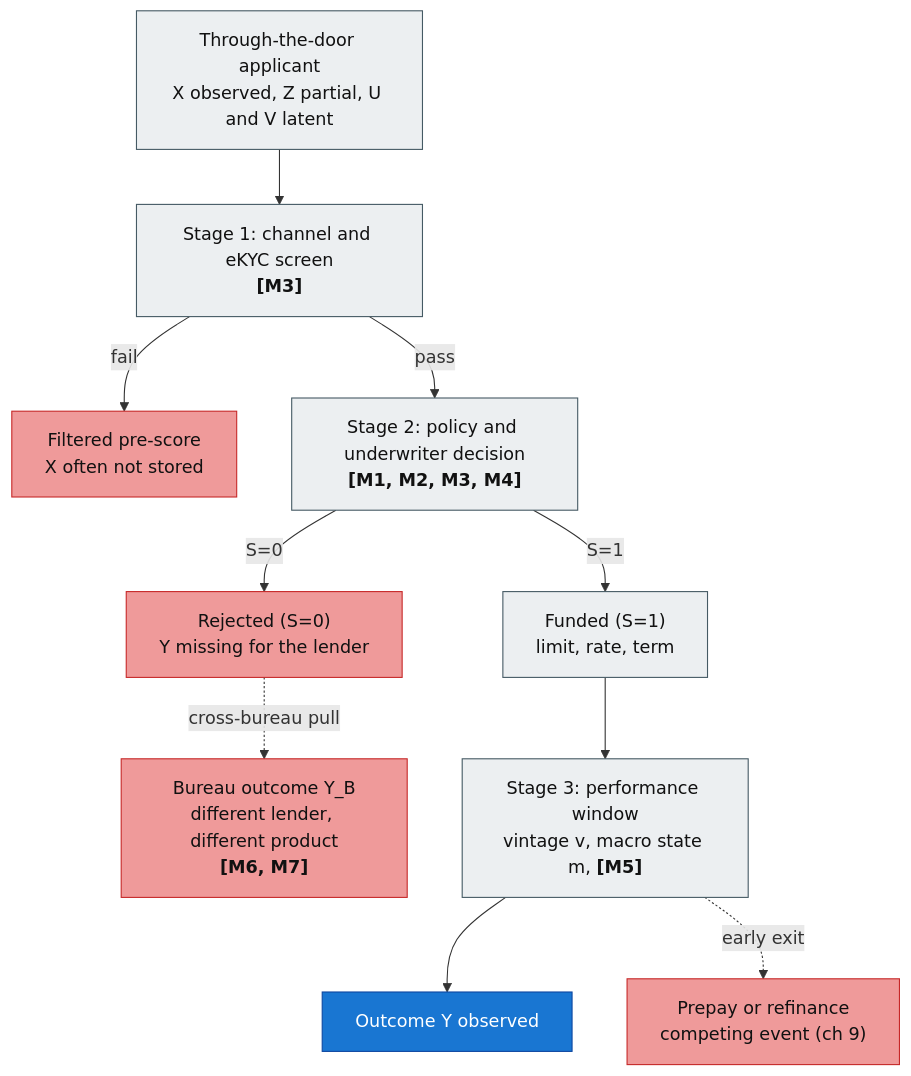
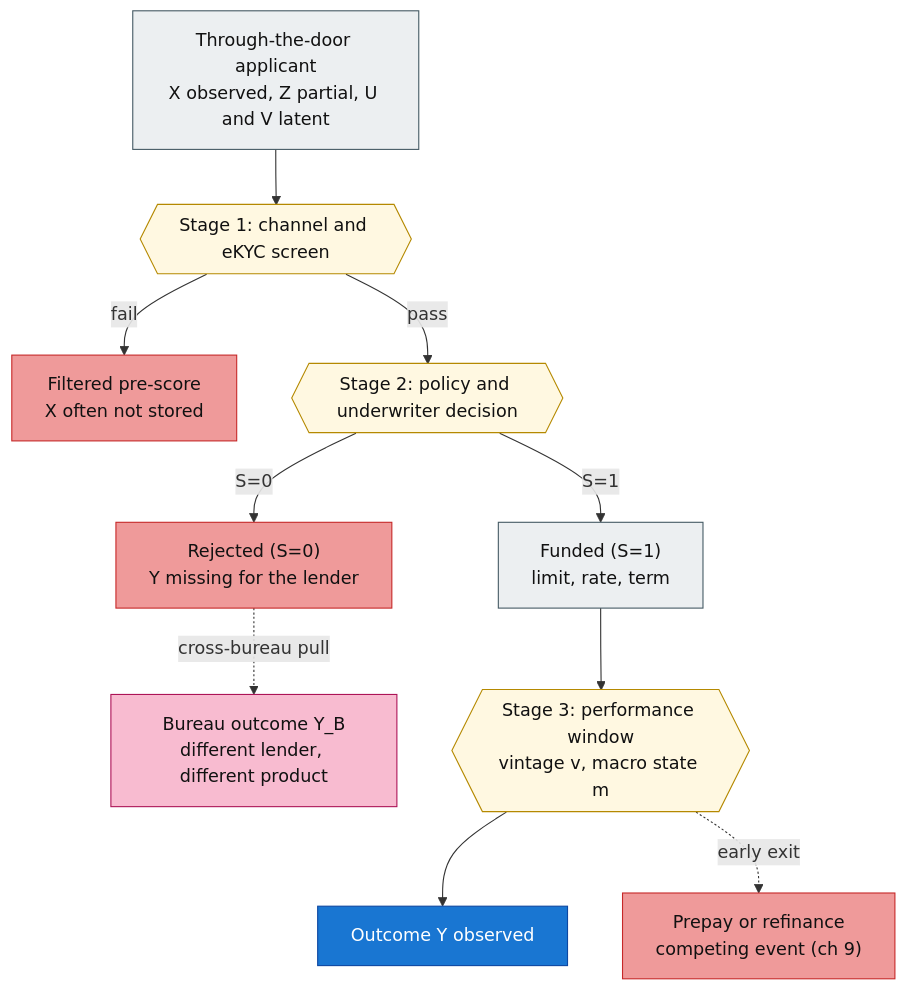
One commit to mikenguyen13/credit_score changed the first of 4 diagrams in book/chapters/10-reject-inference.qmd. Above: the diagram before and after it, drawn with Mermaid. The commit also changed other lines of this file and 30 other files, not shown here.

First line of the commit message:
ch10: split two-mechanisms into separate A/B figs; opt-out panzoom on big mermaids

````diff
--- a/book/chapters/10-reject-inference.qmd
+++ b/book/chapters/10-reject-inference.qmd
@@ -142,29 +217,31 @@
 ```{mermaid}
 %%| label: fig-ch10-selection-roadmap
-%%| fig-cap: "Selection pipeline as a funnel from through-the-door applicant to observed outcome $Y$. Stages carry the moderators that bind there: M1 covariate shift on $X$ ($P(X \\mid S{=}1) \\neq P(X)$); M2 selection on unobservables ($\\mathrm{Corr}(U,V) \\neq 0$); M3 policy overlap ($P(S{=}1 \\mid x) > 0$ everywhere); M4 exclusion restriction (a $Z$ that shifts $S$ but not $Y$); M5 vintage and macro state (through-the-cycle versus point-in-time); M6 bureau product gap (limit, rate, servicer differ from the lender's product); M7 within-reject coverage (10 to 30 percent of rejects have no bureau trade-line). Red nodes mark paths where $Y$ is missing for the lender. Subsequent sections take the moderators one at a time."
+%%| fig-cap: "Stage-level DAG of the selection pipeline. Solid arrows are the funded path on which $Y$ is observed; red boxes mark exits where $Y$ is missing for the lender; dotted arrows are optional ports where the lender can pull a bureau outcome $Y_B$ on rejected applicants. The seven selection-bias dimensions D1 through D7 are catalogued in @tbl-ch10-bias-dimensions; this diagram intentionally omits the dimension labels from the nodes so the pipeline structure stays legible."
 flowchart TD
     classDef stage fill:#eceff1,stroke:#455a64,color:#111;
+    classDef gate  fill:#fff8e1,stroke:#b58900,color:#111;
     classDef obs   fill:#1976d2,stroke:#0d47a1,color:#fff;
     classDef miss  fill:#ef9a9a,stroke:#c62828,color:#111;
+    classDef bureau fill:#f8bbd0,stroke:#ad1457,color:#111;
 
     A["Through-the-door applicant<br/>X observed, Z partial, U and V latent"]:::stage
-    S1["Stage 1: channel and eKYC screen<br/><b>[M3]</b>"]:::stage
+    S1{{"Stage 1: channel and eKYC screen"}}:::gate
     L1["Filtered pre-score<br/>X often not stored"]:::miss
-    S2["Stage 2: policy and underwriter decision<br/><b>[M1, M2, M3, M4]</b>"]:::stage
+    S2{{"Stage 2: policy and underwriter decision"}}:::gate
     REJ["Rejected (S=0)<br/>Y missing for the lender"]:::miss
-    YB["Bureau outcome Y_B<br/>different lender, different product<br/><b>[M6, M7]</b>"]:::miss
+    YB["Bureau outcome Y_B<br/>different lender, different product"]:::bureau
     ACC["Funded (S=1)<br/>limit, rate, term"]:::stage
-    PW["Stage 3: performance window<br/>vintage v, macro state m, <b>[M5]</b>"]:::stage
+    PW{{"Stage 3: performance window<br/>vintage v, macro state m"}}:::gate
     PRP["Prepay or refinance<br/>competing event (ch 9)"]:::miss
     Y["Outcome Y observed"]:::obs
 
     A --> S1
     S1 -->|fail| L1
     S1 -->|pass| S2
     S2 -->|S=0| REJ
     S2 -->|S=1| ACC
     REJ -.->|cross-bureau pull| YB
     ACC --> PW
     PW --> Y
     PW -.->|early exit| PRP
 ```
````
